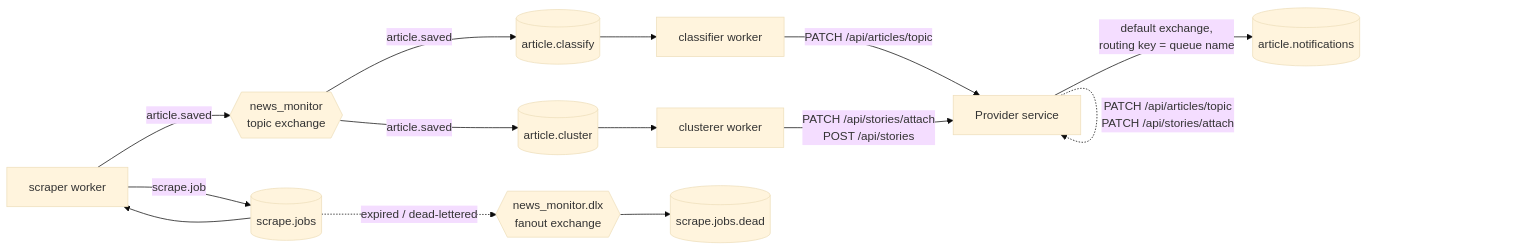
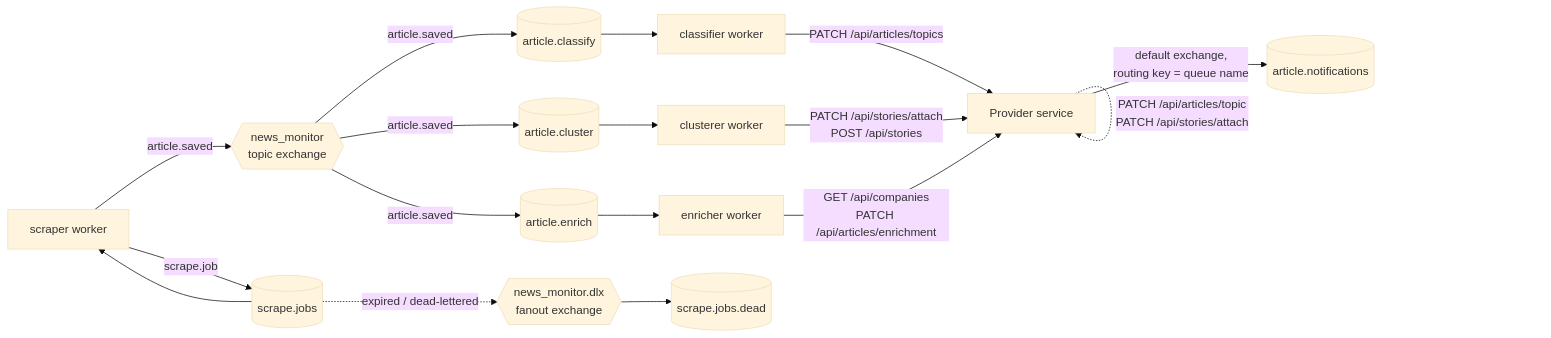
One commit to gabriel-2802/News-Media-Company-Tracker changed the diagram in README.md. Above: the diagram before and after it, drawn with Mermaid (base theme). The commit also changed other lines of this file and 33 other files, not shown here.

````diff
--- a/README.md
+++ b/README.md
@@ -330,21 +330,24 @@
 ```mermaid
 flowchart LR
     scraper[scraper worker] -->|scrape.job| scrapeJobs[(scrape.jobs)]
     scrapeJobs --> scraper
 
     scraper -->|article.saved| topicExchange{{news_monitor<br/>topic exchange}}
     topicExchange -->|article.saved| classifyQ[(article.classify)]
     topicExchange -->|article.saved| clusterQ[(article.cluster)]
+    topicExchange -->|article.saved| enrichQ[(article.enrich)]
 
     classifyQ --> classifier[classifier worker]
     clusterQ --> clusterer[clusterer worker]
+    enrichQ --> enricher[enricher worker]
 
     provider[Provider service] -.->|PATCH /api/articles/topic<br/>PATCH /api/stories/attach| provider
     provider -->|default exchange,<br/>routing key = queue name| notifQ[(article.notifications)]
 
     scrapeJobs -.->|expired / dead-lettered| dlx{{news_monitor.dlx<br/>fanout exchange}}
     dlx --> deadQ[(scrape.jobs.dead)]
 
-    classifier -->|PATCH /api/articles/topic| provider
+    classifier -->|PATCH /api/articles/topics| provider
     clusterer -->|PATCH /api/stories/attach<br/>POST /api/stories| provider
+    enricher -->|GET /api/companies<br/>PATCH /api/articles/enrichment| provider
 ```
````
